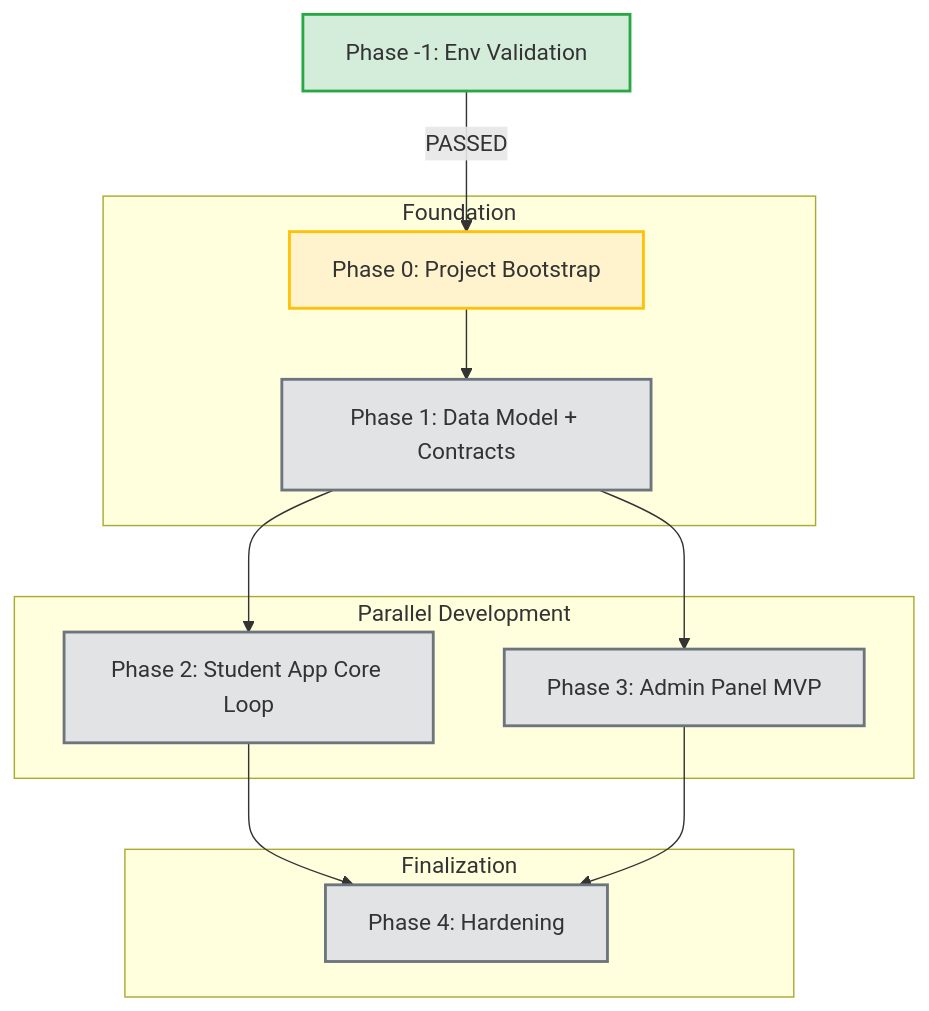
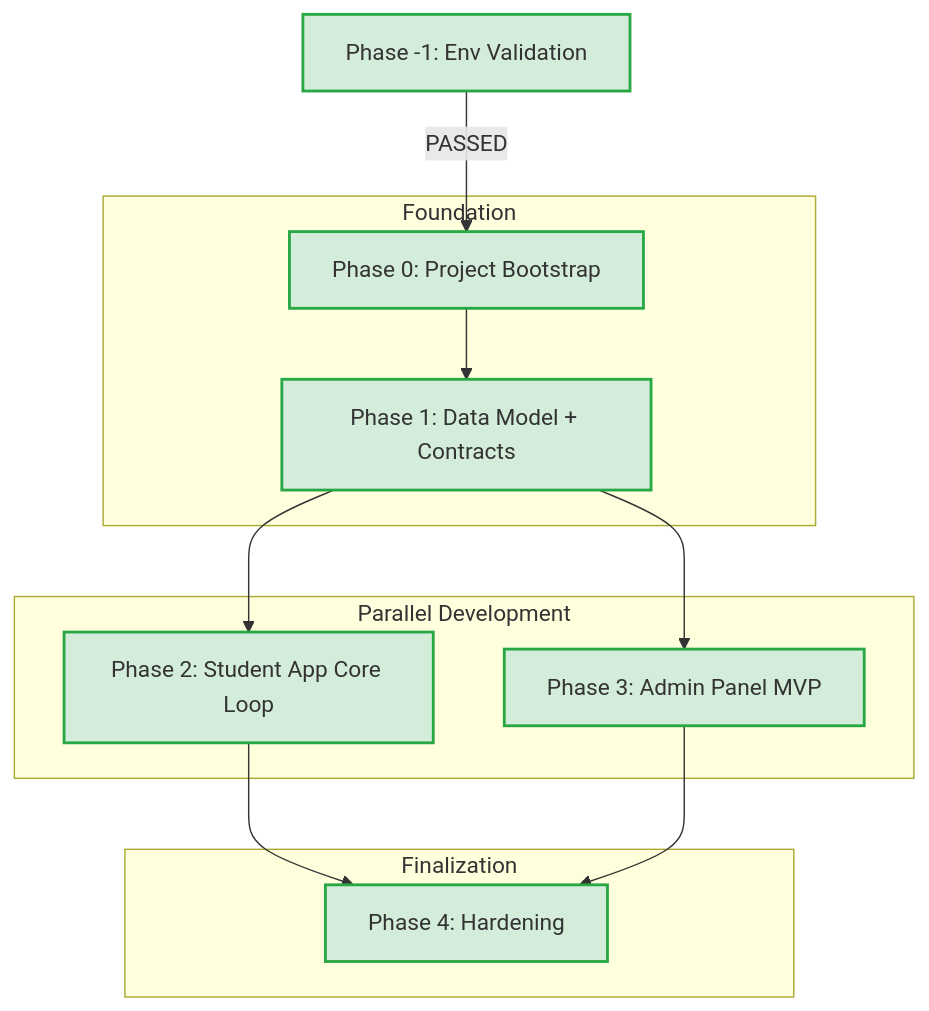
One commit to rmg007/Questerix changed the diagram in ROADMAP.md. Above: the diagram before and after it, drawn with Mermaid. The commit also changed other lines of this file and 11 other files, not shown here.

````diff
--- a/ROADMAP.md
+++ b/ROADMAP.md
@@ -12,25 +12,25 @@
 ```mermaid
 graph TD
     P_1[Phase -1: Env Validation] -->|PASSED| P0[Phase 0: Project Bootstrap]
     
     subgraph Foundation
         P0 --> P1[Phase 1: Data Model + Contracts]
     end
     
     subgraph Parallel Development
         P1 --> P2[Phase 2: Student App Core Loop]
         P1 --> P3[Phase 3: Admin Panel MVP]
     end
     
     subgraph Finalization
         P2 --> P4[Phase 4: Hardening]
         P3 --> P4
     end
     
     style P_1 fill:#d4edda,stroke:#28a745,stroke-width:2px
-    style P0 fill:#fff3cd,stroke:#ffc107,stroke-width:2px
-    style P1 fill:#e2e3e5,stroke:#6c757d,stroke-width:2px
-    style P2 fill:#e2e3e5,stroke:#6c757d,stroke-width:2px
-    style P3 fill:#e2e3e5,stroke:#6c757d,stroke-width:2px
-    style P4 fill:#e2e3e5,stroke:#6c757d,stroke-width:2px
+    style P0 fill:#d4edda,stroke:#28a745,stroke-width:2px
+    style P1 fill:#d4edda,stroke:#28a745,stroke-width:2px
+    style P2 fill:#d4edda,stroke:#28a745,stroke-width:2px
+    style P3 fill:#d4edda,stroke:#28a745,stroke-width:2px
+    style P4 fill:#d4edda,stroke:#28a745,stroke-width:2px
 ```
````
